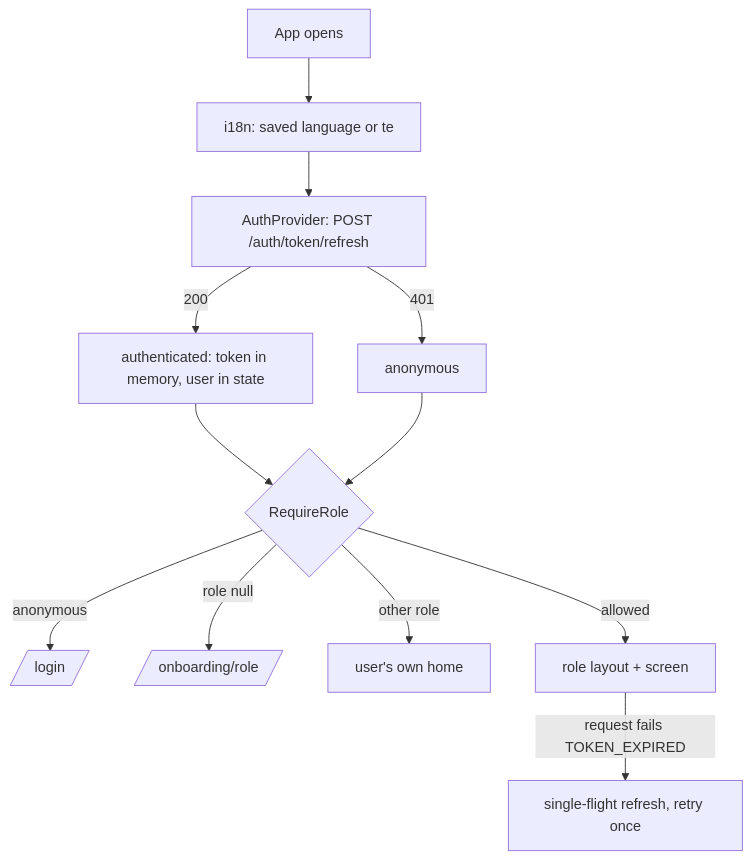
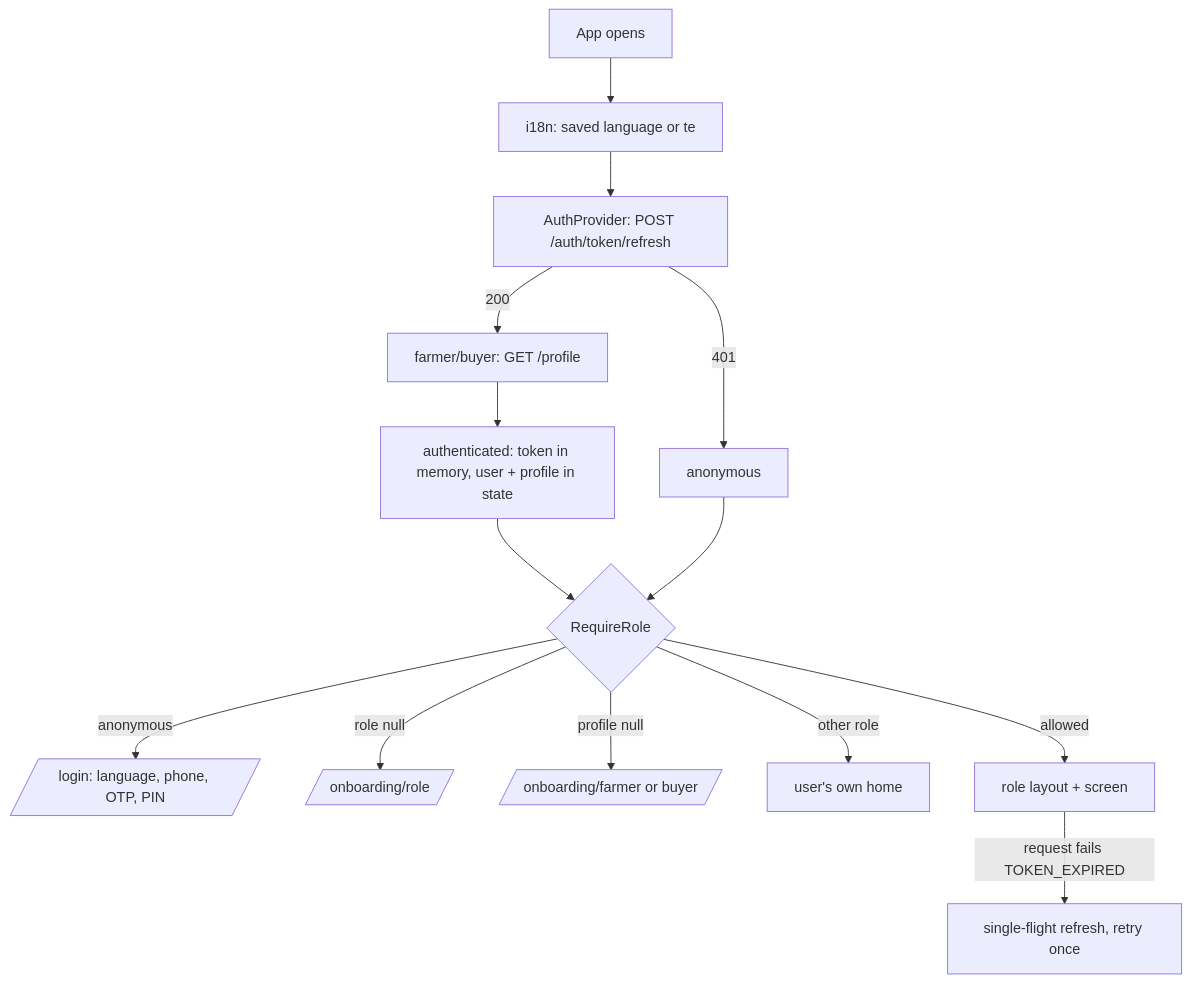
Before and after one commit to nithinkumar8341/agriconnect: the fourth of 4 diagrams in docs/architecture.md, drawn with Mermaid. The commit also changed 6 other files, not shown here.

First line of the commit message:
docs(onboarding): profile API reference, ADR 0006 and phase 05 notes

````diff
--- a/docs/architecture.md
+++ b/docs/architecture.md
@@ -137,14 +137,16 @@
 ```mermaid
 flowchart TD
     Start[App opens] --> I18n[i18n: saved language or te]
     I18n --> Auth[AuthProvider: POST /auth/token/refresh]
-    Auth -->|200| Authed[authenticated: token in memory, user in state]
+    Auth -->|200| Profile[farmer/buyer: GET /profile]
+    Profile --> Authed[authenticated: token in memory, user + profile in state]
     Auth -->|401| Anon[anonymous]
     Authed --> Guard{RequireRole}
     Anon --> Guard
-    Guard -->|anonymous| Login[/login/]
+    Guard -->|anonymous| Login[/login: language, phone, OTP, PIN/]
     Guard -->|role null| Role[/onboarding/role/]
+    Guard -->|profile null| Onboard[/onboarding/farmer or buyer/]
     Guard -->|other role| OwnHome[user's own home]
     Guard -->|allowed| Screen[role layout + screen]
     Screen -->|request fails TOKEN_EXPIRED| Refresh[single-flight refresh, retry once]
 ```
````
